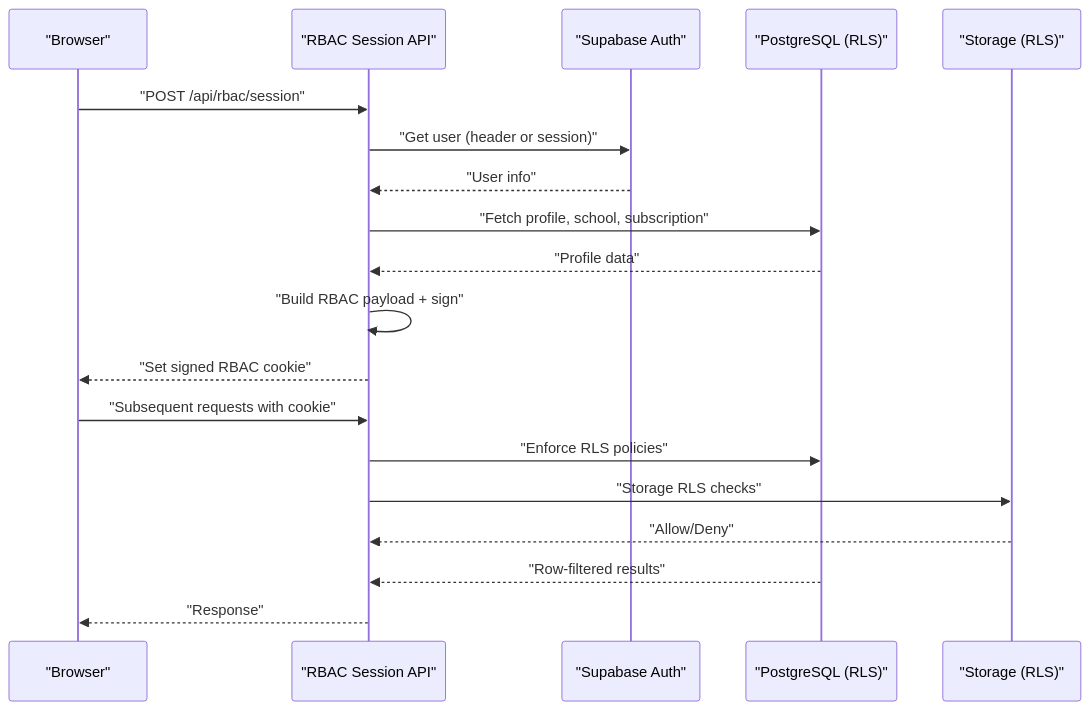
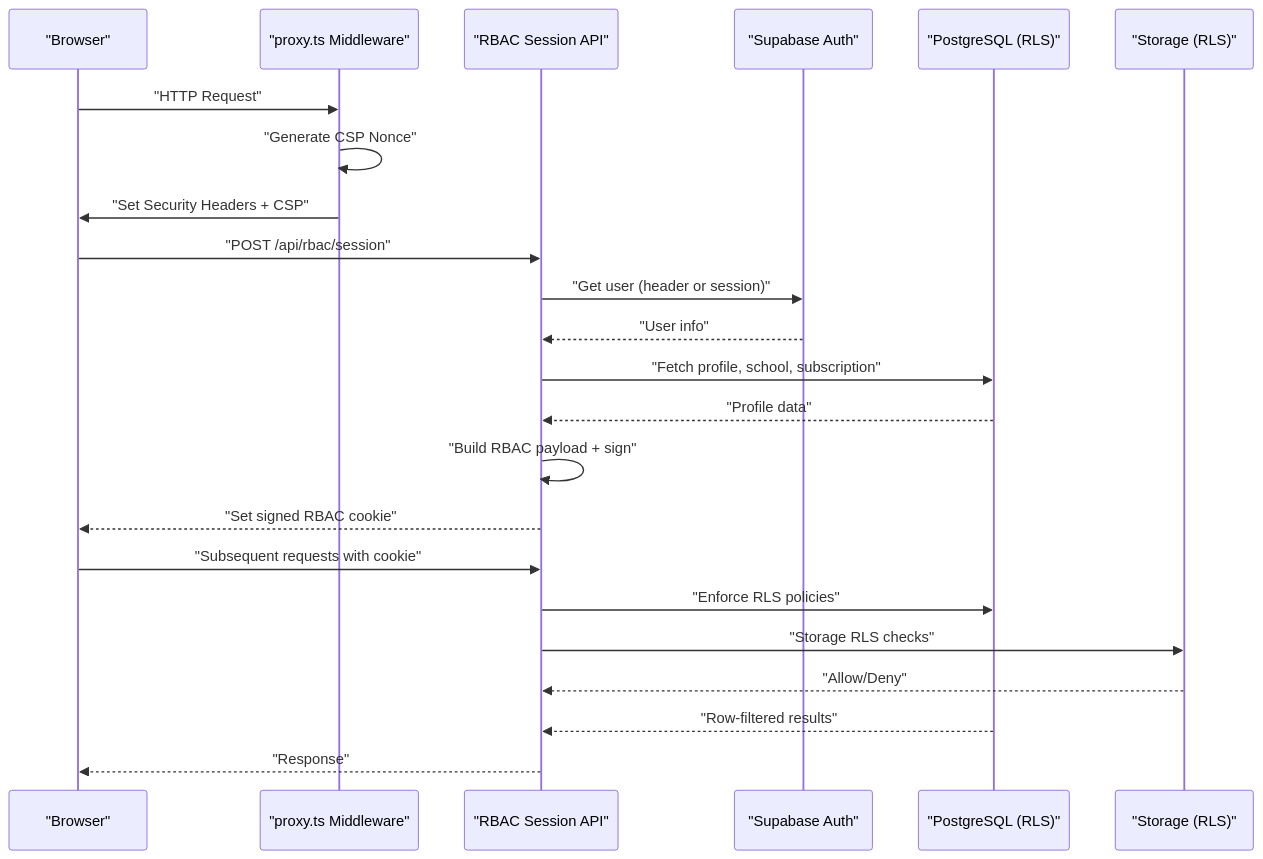
Before and after one commit to mustafaalkusaj/appschoolmustafa2002: the second of 9 diagrams in .qoder/repowiki/en/content/Security Implementation/Security Implementation.md, drawn with Mermaid. The commit also changed other lines of this file and 85 other files, not shown here.

````diff
--- a/.qoder/repowiki/en/content/Security Implementation/Security Implementation.md
+++ b/.qoder/repowiki/en/content/Security Implementation/Security Implementation.md
@@ -123,21 +143,25 @@
 ```mermaid
 sequenceDiagram
 participant Client as "Browser"
+participant Proxy as "proxy.ts Middleware"
 participant API as "RBAC Session API"
 participant Supabase as "Supabase Auth"
 participant DB as "PostgreSQL (RLS)"
 participant Storage as "Storage (RLS)"
+Client->>Proxy : "HTTP Request"
+Proxy->>Proxy : "Generate CSP Nonce"
+Proxy->>Client : "Set Security Headers + CSP"
 Client->>API : "POST /api/rbac/session"
 API->>Supabase : "Get user (header or session)"
 Supabase-->>API : "User info"
 API->>DB : "Fetch profile, school, subscription"
 DB-->>API : "Profile data"
 API->>API : "Build RBAC payload + sign"
 API-->>Client : "Set signed RBAC cookie"
 Client->>API : "Subsequent requests with cookie"
 API->>DB : "Enforce RLS policies"
 API->>Storage : "Storage RLS checks"
 Storage-->>API : "Allow/Deny"
 DB-->>API : "Row-filtered results"
 API-->>Client : "Response"
 ```
````
